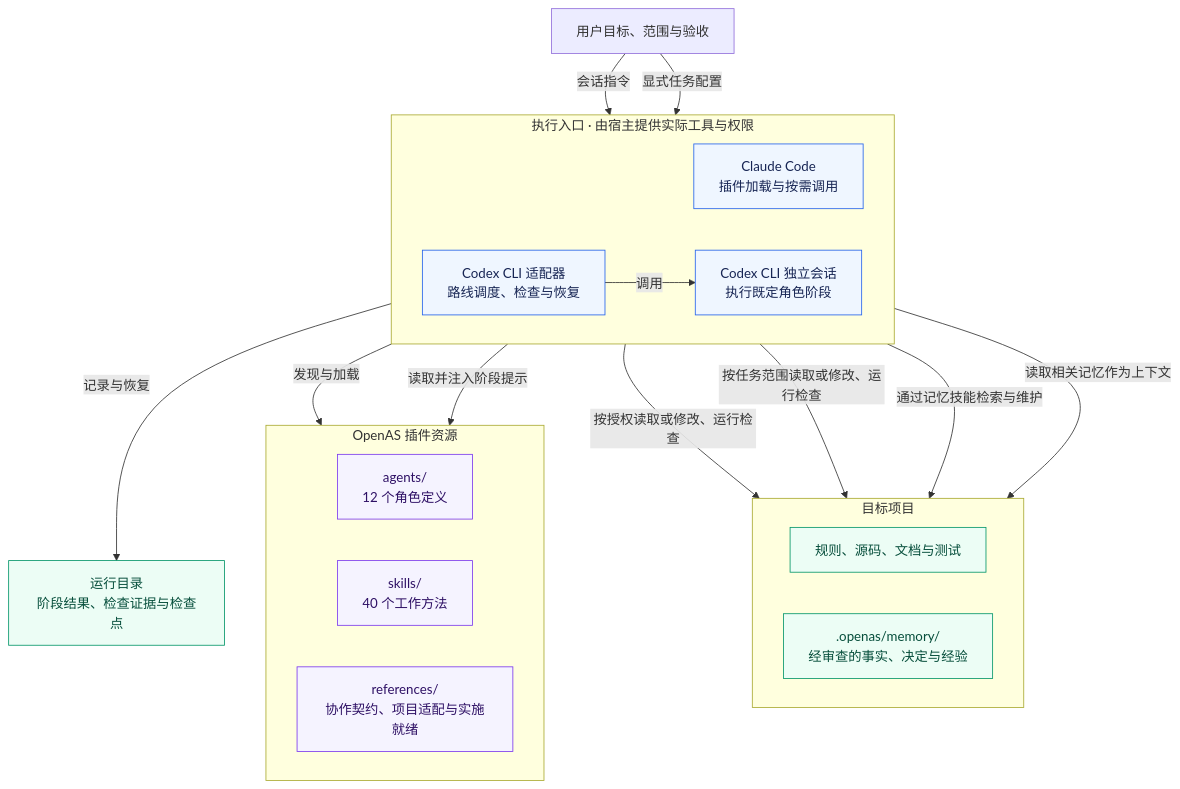
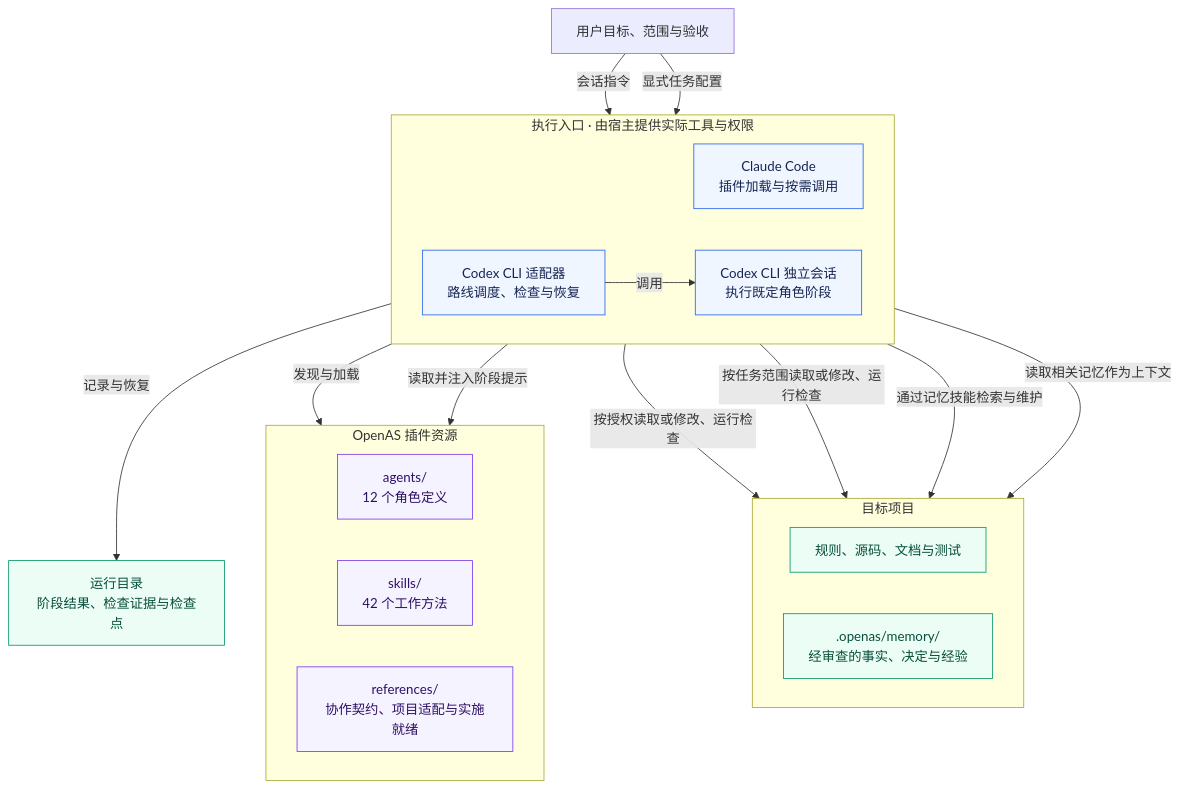
Before and after one commit to xiangguangxin/OpenAS: the first of 2 diagrams in README.md, drawn with Mermaid. The commit also changed other lines of this file and 9 other files, not shown here.

Commit message:
feat: add architecture conformance and evolution skills

````diff
--- a/README.md
+++ b/README.md
@@ -119,44 +120,44 @@
 ```mermaid
 flowchart TB
     user["用户目标、范围与验收"]
 
     subgraph entry["执行入口 · 由宿主提供实际工具与权限"]
         direction LR
         claude["Claude Code<br/>插件加载与按需调用"]
         adapter["Codex CLI 适配器<br/>路线调度、检查与恢复"]
         sessions["Codex CLI 独立会话<br/>执行既定角色阶段"]
         adapter -->|调用| sessions
     end
 
     subgraph bundle["OpenAS 插件资源"]
         direction LR
         agents["agents/<br/>12 个角色定义"]
-        skills["skills/<br/>40 个工作方法"]
+        skills["skills/<br/>42 个工作方法"]
         contracts["references/<br/>协作契约、项目适配与实施就绪"]
     end
 
     subgraph target["目标项目"]
         direction LR
         repo["规则、源码、文档与测试"]
         memory[".openas/memory/<br/>经审查的事实、决定与经验"]
     end
 
     evidence["运行目录<br/>阶段结果、检查证据与检查点"]
 
     user -->|会话指令| claude
     user -->|显式任务配置| adapter
     claude -->|发现与加载| bundle
     adapter -->|读取并注入阶段提示| bundle
     claude -->|按授权读取或修改、运行检查| repo
     sessions -->|按任务范围读取或修改、运行检查| repo
     claude -->|通过记忆技能检索与维护| memory
     adapter -->|读取相关记忆作为上下文| memory
     adapter -->|记录与恢复| evidence
 
     classDef entryStyle fill:#eff6ff,stroke:#2563eb,color:#172554
     classDef resourceStyle fill:#f5f3ff,stroke:#7c3aed,color:#2e1065
     classDef dataStyle fill:#ecfdf5,stroke:#059669,color:#064e3b
     class claude,adapter,sessions entryStyle
     class agents,skills,contracts resourceStyle
     class repo,memory,evidence dataStyle
 ```
````
